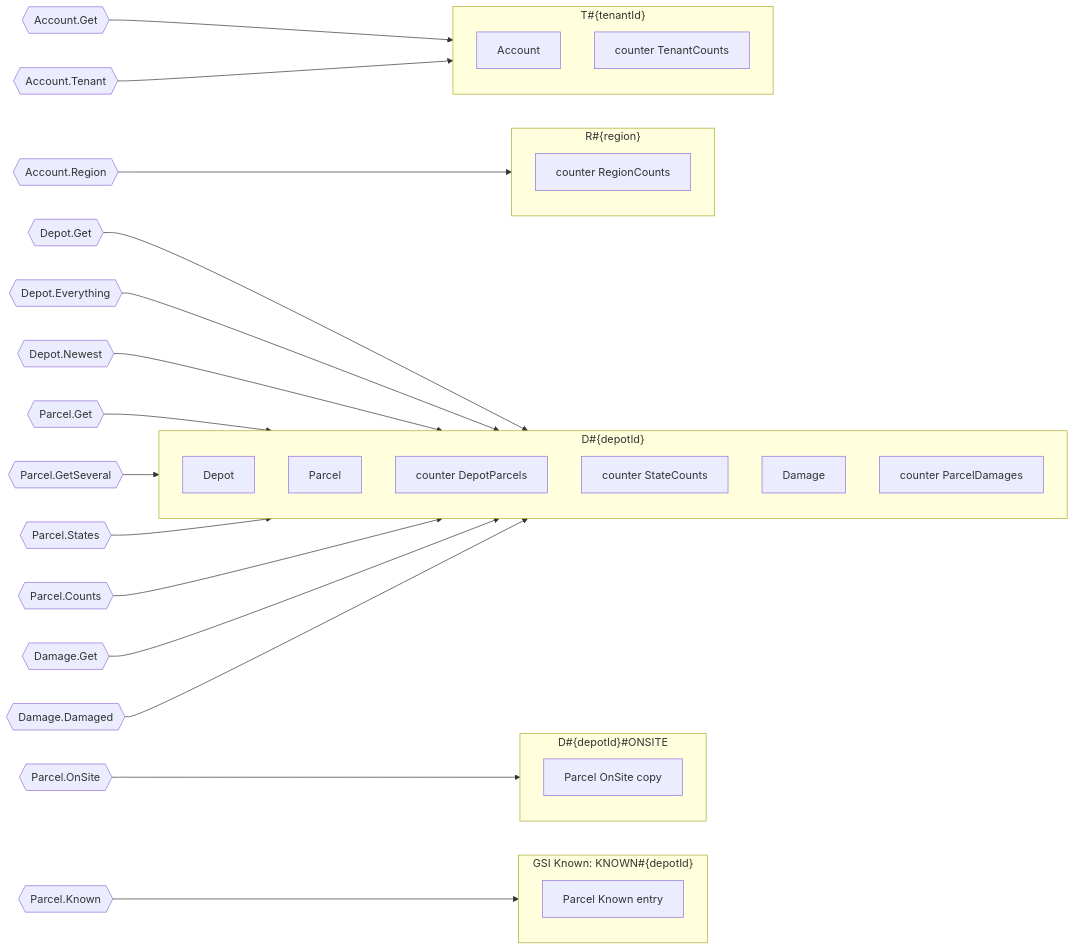
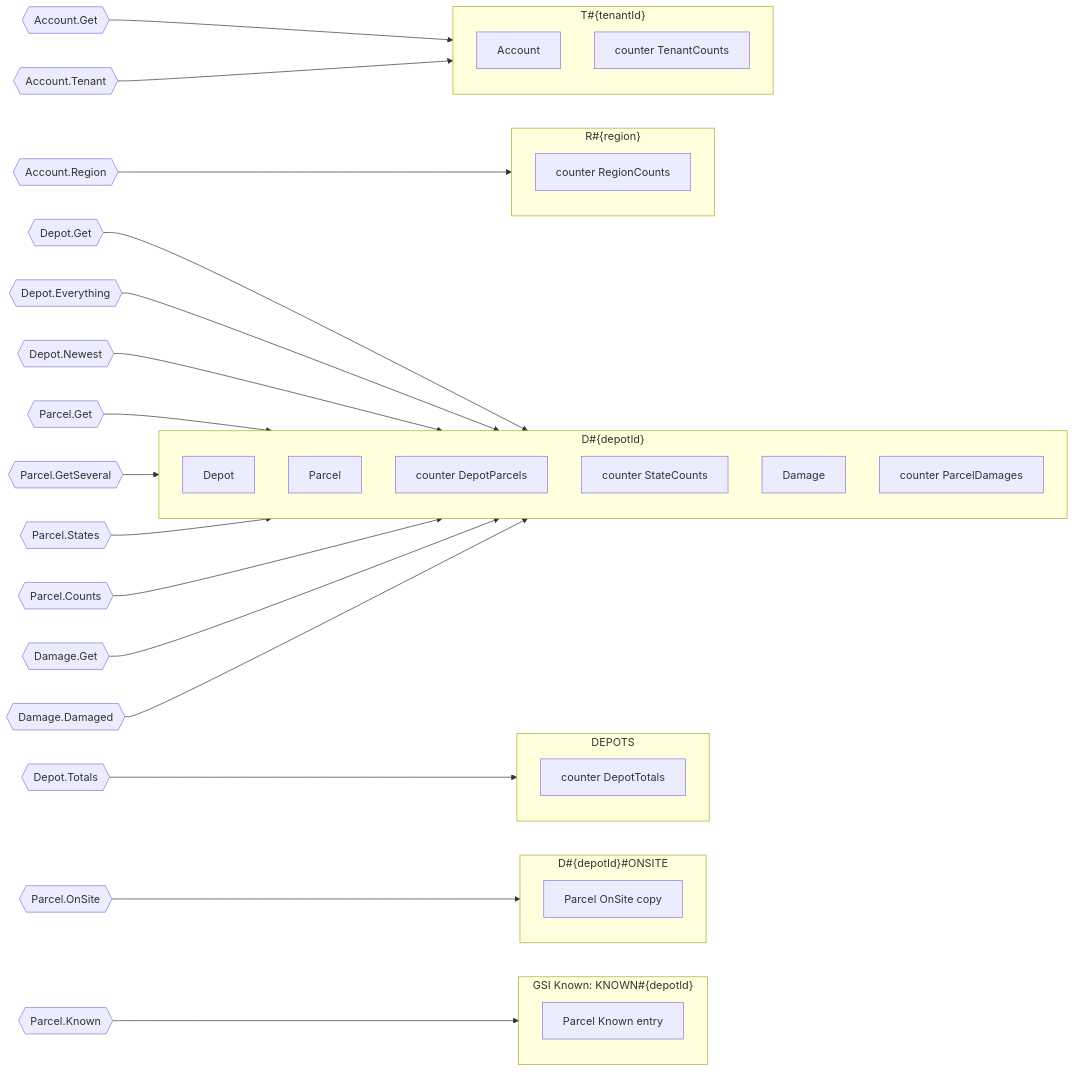
Before and after one commit to nicklanng/dynago: the fourth of 8 diagrams in internal/e2e/fixture/fixture.model.md, drawn with Mermaid. The commit also changed other lines of this file and 21 other files, not shown here.

````diff
--- a/internal/e2e/fixture/fixture.model.md
+++ b/internal/e2e/fixture/fixture.model.md
@@ -163,38 +172,42 @@
 ```mermaid
 flowchart LR
   subgraph p0["T#35;{tenantId}"]
     p0m0["Account"]
     p0m1["counter TenantCounts"]
   end
   subgraph p1["R#35;{region}"]
     p1m0["counter RegionCounts"]
   end
   subgraph p2["D#35;{depotId}"]
     p2m0["Depot"]
     p2m1["Parcel"]
     p2m2["counter DepotParcels"]
     p2m3["counter StateCounts"]
     p2m4["Damage"]
     p2m5["counter ParcelDamages"]
   end
-  subgraph p3["D#35;{depotId}#35;ONSITE"]
-    p3m0["Parcel OnSite copy"]
+  subgraph p3["DEPOTS"]
+    p3m0["counter DepotTotals"]
   end
-  subgraph p4["GSI Known: KNOWN#35;{depotId}"]
-    p4m0["Parcel Known entry"]
+  subgraph p4["D#35;{depotId}#35;ONSITE"]
+    p4m0["Parcel OnSite copy"]
+  end
+  subgraph p5["GSI Known: KNOWN#35;{depotId}"]
+    p5m0["Parcel Known entry"]
   end
   r_Account_Get{{"Account.Get"}} --> p0
   r_Account_Tenant{{"Account.Tenant"}} --> p0
   r_Account_Region{{"Account.Region"}} --> p1
   r_Depot_Get{{"Depot.Get"}} --> p2
+  r_Depot_Totals{{"Depot.Totals"}} --> p3
   r_Depot_Everything{{"Depot.Everything"}} --> p2
   r_Depot_Newest{{"Depot.Newest"}} --> p2
   r_Parcel_Get{{"Parcel.Get"}} --> p2
   r_Parcel_GetSeveral{{"Parcel.GetSeveral"}} --> p2
   r_Parcel_States{{"Parcel.States"}} --> p2
-  r_Parcel_OnSite{{"Parcel.OnSite"}} --> p3
-  r_Parcel_Known{{"Parcel.Known"}} --> p4
+  r_Parcel_OnSite{{"Parcel.OnSite"}} --> p4
+  r_Parcel_Known{{"Parcel.Known"}} --> p5
   r_Parcel_Counts{{"Parcel.Counts"}} --> p2
   r_Damage_Get{{"Damage.Get"}} --> p2
   r_Damage_Damaged{{"Damage.Damaged"}} --> p2
 ```
````
